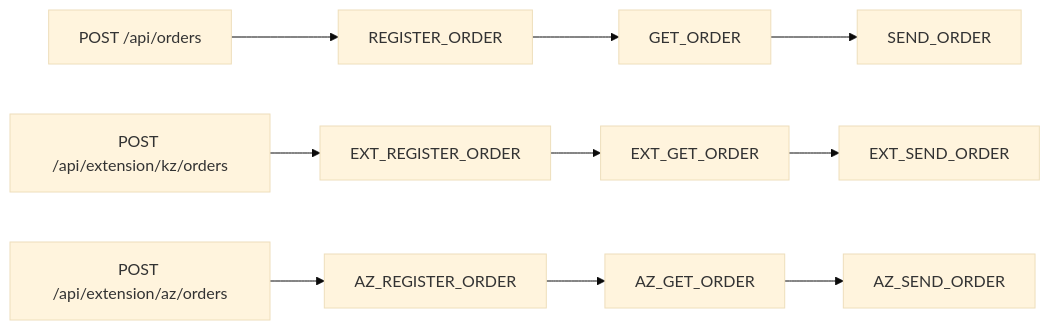
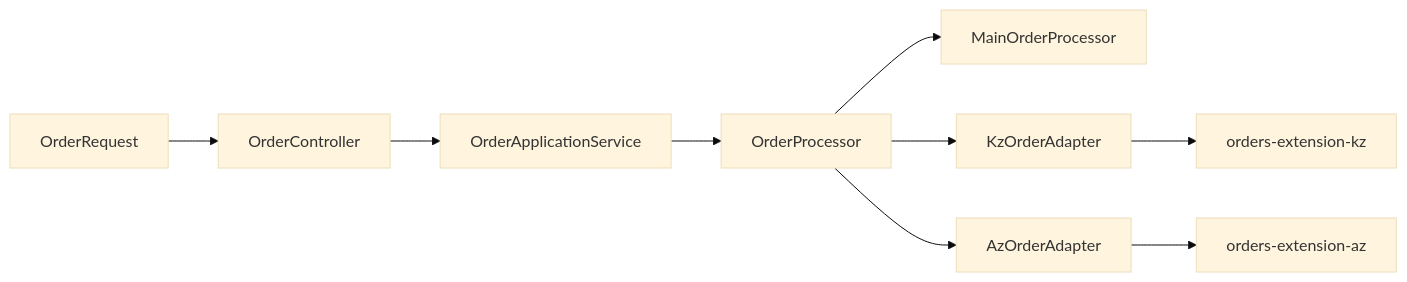
Before and after one commit to AbOvoUsqueAdMala/demo-lib-tasks: the diagram in README.md, drawn with Mermaid (base theme). The commit also changed other lines of this file and 27 other files, not shown here.

````diff
--- a/README.md
+++ b/README.md
@@ -202,12 +30,11 @@
 ```mermaid
 flowchart LR
-    API[POST /api/orders] --> REGISTER[REGISTER_ORDER]
-    REGISTER --> GET[GET_ORDER]
-    GET --> SEND[SEND_ORDER]
-    KZ[POST /api/extension/kz/orders] --> KREGISTER[EXT_REGISTER_ORDER]
-    KREGISTER --> KGET[EXT_GET_ORDER]
-    KGET --> KSEND[EXT_SEND_ORDER]
-    AZ[POST /api/extension/az/orders] --> AREGISTER[AZ_REGISTER_ORDER]
-    AREGISTER --> AGET[AZ_GET_ORDER]
-    AGET --> ASEND[AZ_SEND_ORDER]
+    HTTP[OrderRequest] --> CONTROLLER[OrderController]
+    CONTROLLER --> APPLICATION[OrderApplicationService]
+    APPLICATION --> API[OrderProcessor]
+    API --> MAIN[MainOrderProcessor]
+    API --> KZ[KzOrderAdapter]
+    API --> AZ[AzOrderAdapter]
+    KZ --> KLIB[orders-extension-kz]
+    AZ --> ALIB[orders-extension-az]
 ```
````
